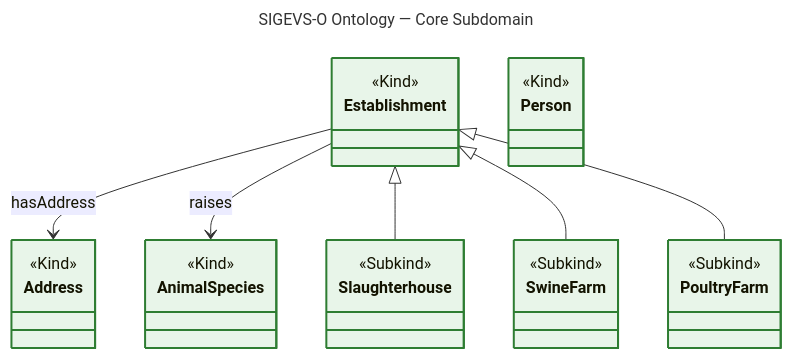
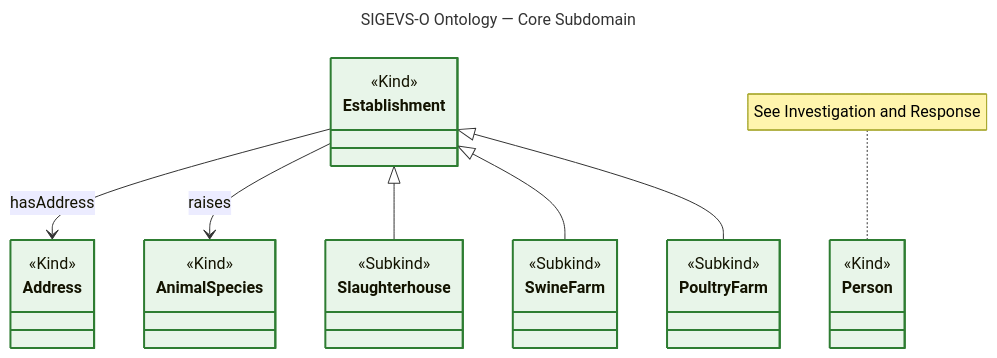
The diagram in conceptual-model/onto-core.mmd (Felipeamadori/sigevs-o), drawn with Mermaid before and after one commit. The commit also changed 12 other files, not shown here.

```diff
--- a/conceptual-model/onto-core.mmd
+++ b/conceptual-model/onto-core.mmd
@@ -1,39 +1,41 @@
 ---
 title: SIGEVS-O Ontology — Core Subdomain
 ---
 classDiagram
     class Establishment {
         <<Kind>>
     }
     class Address {
-        <<Kind>>
-    }
-    class Person {
         <<Kind>>
     }
     class AnimalSpecies {
         <<Kind>>
     }
     class Slaughterhouse {
         <<Subkind>>
     }
     class SwineFarm {
         <<Subkind>>
     }
     class PoultryFarm {
         <<Subkind>>
     }
+    class Person {
+        <<Kind>>
+    }
 
     Establishment --> Address : hasAddress
     Establishment --> AnimalSpecies : raises
     Establishment <|-- Slaughterhouse
     Establishment <|-- SwineFarm
     Establishment <|-- PoultryFarm
+
+    note for Person "See Investigation and Response"
 
     style Establishment fill:#e8f5e9,stroke:#2e7d32,stroke-width:2px
     style Address fill:#e8f5e9,stroke:#2e7d32,stroke-width:2px
     style Person fill:#e8f5e9,stroke:#2e7d32,stroke-width:2px
     style AnimalSpecies fill:#e8f5e9,stroke:#2e7d32,stroke-width:2px
     style Slaughterhouse fill:#e8f5e9,stroke:#2e7d32,stroke-width:2px
     style SwineFarm fill:#e8f5e9,stroke:#2e7d32,stroke-width:2px
     style PoultryFarm fill:#e8f5e9,stroke:#2e7d32,stroke-width:2px
```
